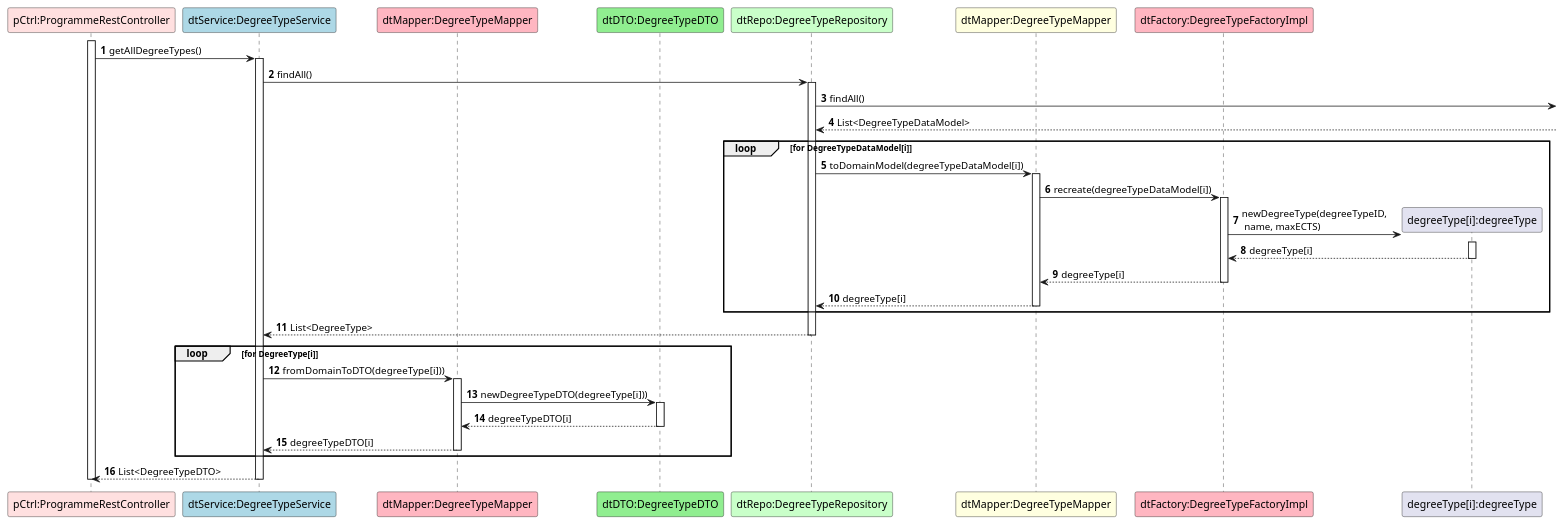
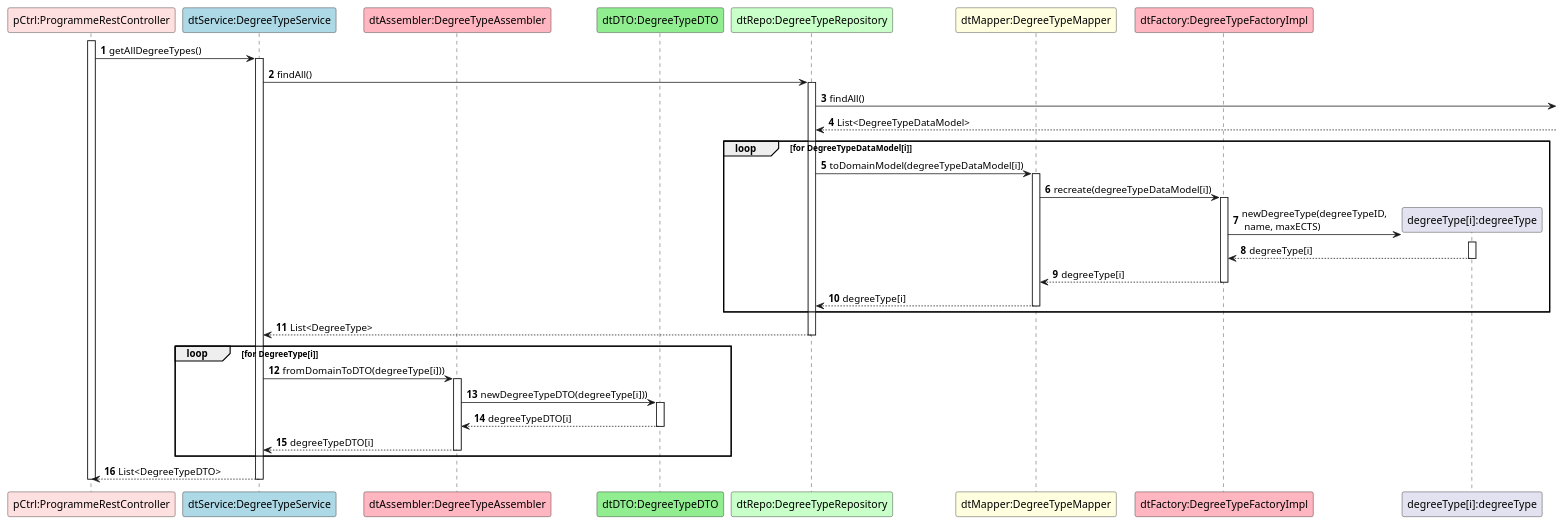
Before and after one commit to GasparISEP/DevOps-PAI: the diagram in docs/US31/ProcessView/Level4/Ref-getAllDegreeTypes.puml, drawn with PlantUML. The commit also changed 5 other files, not shown here.

Commit message:
Corrections to registerProgramme's Process Lvl4 Diagrams, #505, #523

```diff
--- a/docs/US31/ProcessView/Level4/Ref-getAllDegreeTypes.puml
+++ b/docs/US31/ProcessView/Level4/Ref-getAllDegreeTypes.puml
@@ -1,41 +1,41 @@
 @startuml
 autonumber
 
 participant "pCtrl:ProgrammeRestController" as C #implementation
 participant "dtService:DegreeTypeService" as DTS #lightblue
-participant "dtMapper:DegreeTypeMapper" as DTM #lightpink
+participant "dtAssembler:DegreeTypeAssembler" as DTA #lightpink
 participant "dtDTO:DegreeTypeDTO" as DTDTO #lightgreen
 participant "dtRepo:DegreeTypeRepository" as DTR #technology
 participant "dtMapper:DegreeTypeMapper" as M #lightyellow
 participant "dtFactory:DegreeTypeFactoryImpl" as F #lightpink
 participant "degreeType[i]:degreeType" as DT
 
 activate C
 C -> DTS ++: getAllDegreeTypes()
 
 DTS -> DTR ++: findAll()
 
 DTR -> : findAll()
 DTR <-- : List<DegreeTypeDataModel>
 
 loop for DegreeTypeDataModel[i]
 DTR -> M ++: toDomainModel(degreeTypeDataModel[i])
 M -> F ++: recreate(degreeTypeDataModel[i])
 F -> DT**: newDegreeType(degreeTypeID, \n name, maxECTS)
 activate DT
 DT --> F --: degreeType[i]
 F --> M --: degreeType[i]
 M --> DTR --: degreeType[i]
 end
 
 DTR --> DTS --: List<DegreeType>
 loop for DegreeType[i]
-DTS -> DTM ++ :fromDomainToDTO(degreeType[i]))
-DTM -> DTDTO ++: newDegreeTypeDTO(degreeType[i]))
-DTDTO --> DTM --: degreeTypeDTO[i]
-DTM --> DTS --: degreeTypeDTO[i]
+DTS -> DTA ++ :fromDomainToDTO(degreeType[i]))
+DTA -> DTDTO ++: newDegreeTypeDTO(degreeType[i]))
+DTDTO --> DTA --: degreeTypeDTO[i]
+DTA --> DTS --: degreeTypeDTO[i]
 end
 DTS --> C --: List<DegreeTypeDTO>
 deactivate C
 
 @enduml
```
